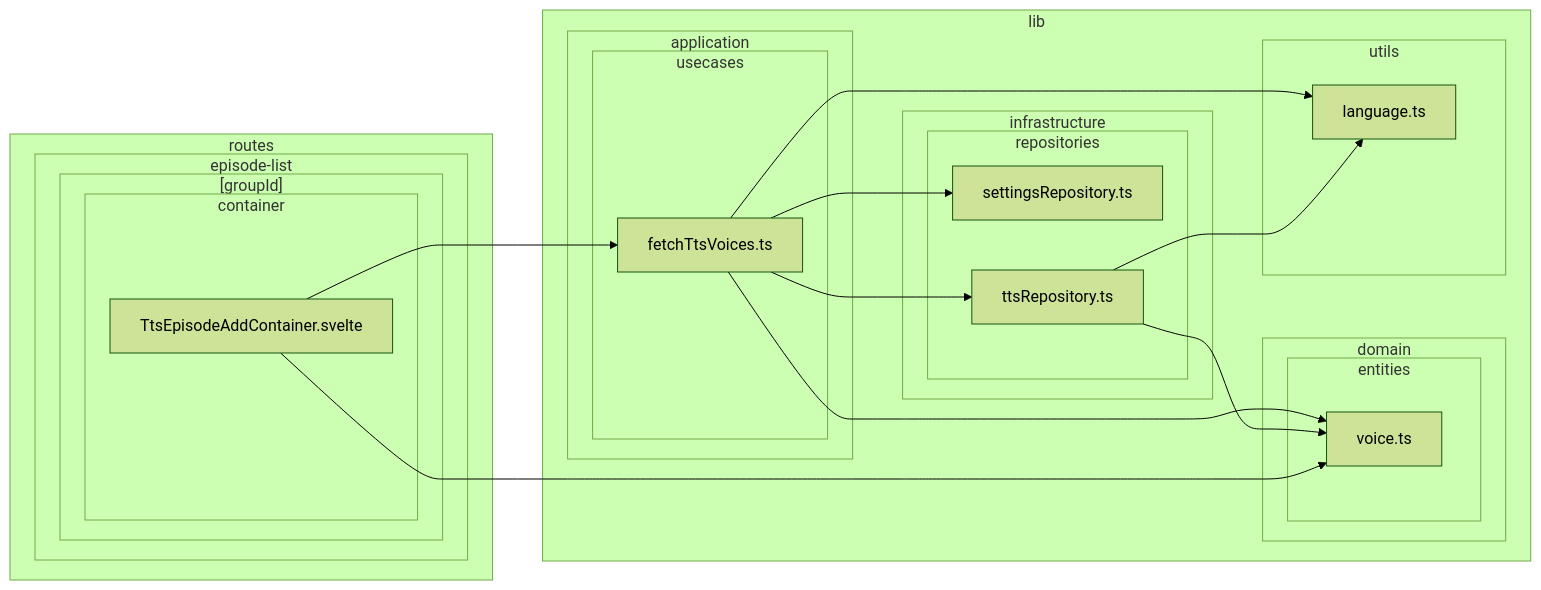
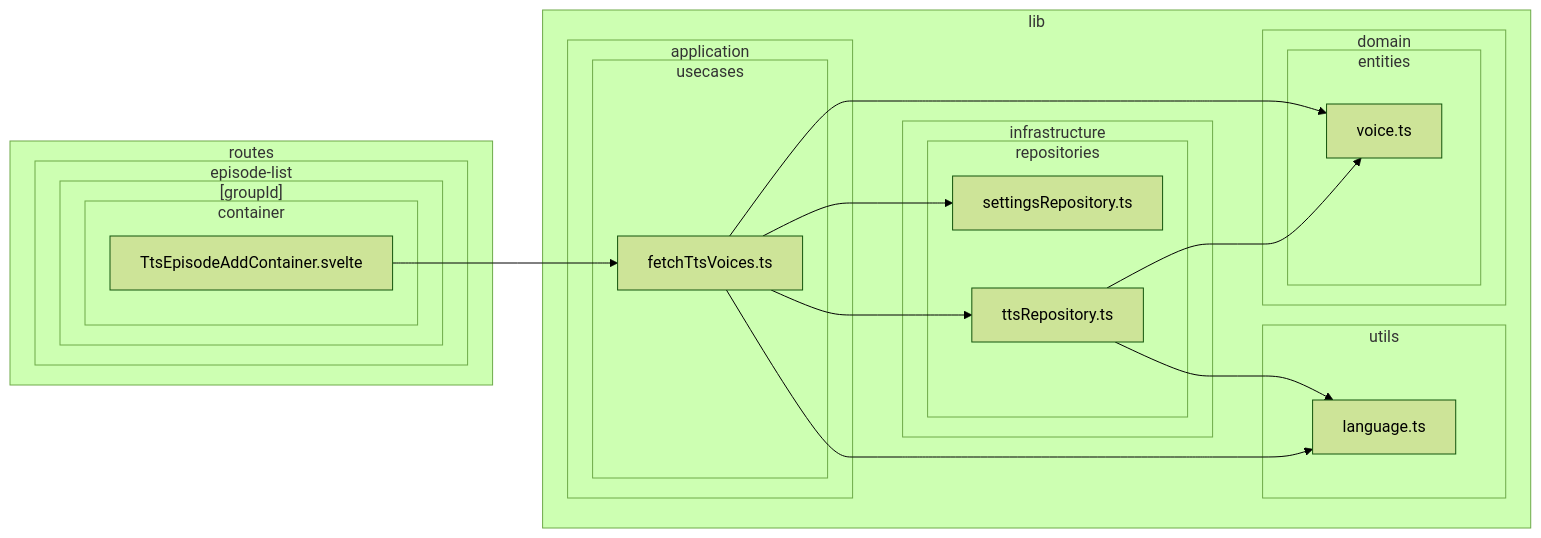
Diagram 21 of 38 in doc/dependency-graph.md (k5n/kotonoha), drawn with Mermaid (forest theme) before and after one commit. The commit also changed other lines of this file and 3 other files, not shown here.

````diff
--- a/doc/dependency-graph.md
+++ b/doc/dependency-graph.md
@@ -914,41 +917,40 @@
 ```mermaid
 graph LR
         subgraph sg_lib ["lib"]
             subgraph sg_lib_application ["application"]
                 subgraph sg_lib_application_usecases ["usecases"]
                     src_lib_application_usecases_fetchTtsVoices_ts["fetchTtsVoices.ts"]
                 end
             end
             subgraph sg_lib_domain ["domain"]
                 subgraph sg_lib_domain_entities ["entities"]
                     src_lib_domain_entities_voice_ts["voice.ts"]
                 end
             end
             subgraph sg_lib_infrastructure ["infrastructure"]
                 subgraph sg_lib_infrastructure_repositories ["repositories"]
                     src_lib_infrastructure_repositories_settingsRepository_ts["settingsRepository.ts"]
                     src_lib_infrastructure_repositories_ttsRepository_ts["ttsRepository.ts"]
                 end
             end
             subgraph sg_lib_utils ["utils"]
                 src_lib_utils_language_ts["language.ts"]
             end
         end
         subgraph sg_routes ["routes"]
             subgraph sg_routes_episode_list ["episode-list"]
                 subgraph sg_routes_episode_list__groupId_ ["[groupId]"]
                     subgraph sg_routes_episode_list__groupId__container ["container"]
                         src_routes_episode_list__groupId__container_TtsEpisodeAddContainer_svelte["TtsEpisodeAddContainer.svelte"]
                     end
                 end
             end
         end
     src_lib_application_usecases_fetchTtsVoices_ts --> src_lib_domain_entities_voice_ts
     src_lib_application_usecases_fetchTtsVoices_ts --> src_lib_infrastructure_repositories_settingsRepository_ts
     src_lib_application_usecases_fetchTtsVoices_ts --> src_lib_infrastructure_repositories_ttsRepository_ts
     src_lib_application_usecases_fetchTtsVoices_ts --> src_lib_utils_language_ts
     src_lib_infrastructure_repositories_ttsRepository_ts --> src_lib_domain_entities_voice_ts
     src_lib_infrastructure_repositories_ttsRepository_ts --> src_lib_utils_language_ts
     src_routes_episode_list__groupId__container_TtsEpisodeAddContainer_svelte --> src_lib_application_usecases_fetchTtsVoices_ts
-    src_routes_episode_list__groupId__container_TtsEpisodeAddContainer_svelte --> src_lib_domain_entities_voice_ts
 ```
````
